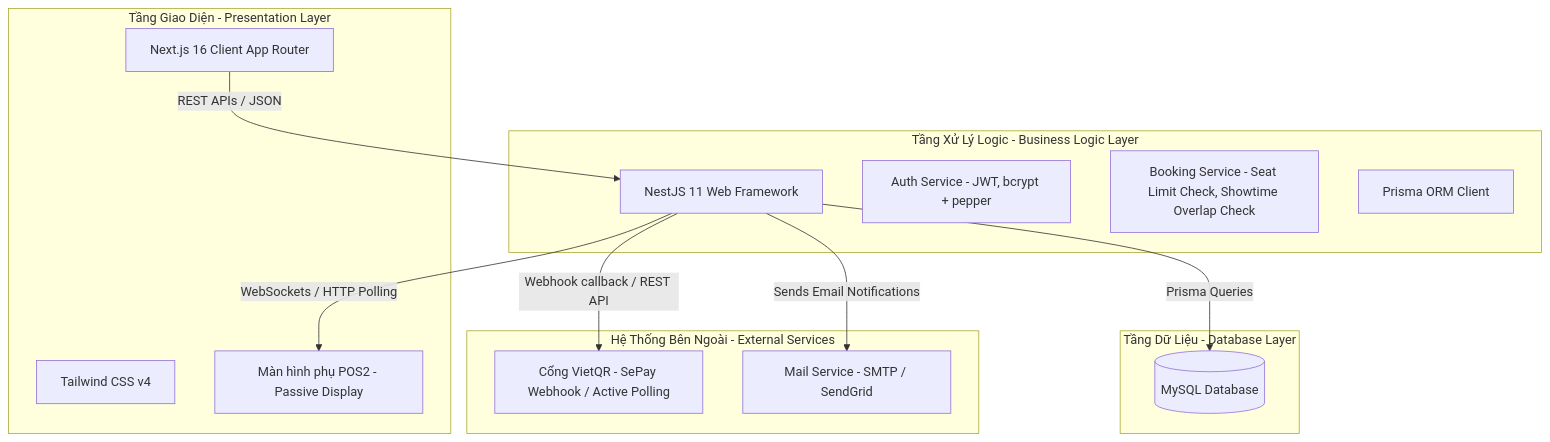
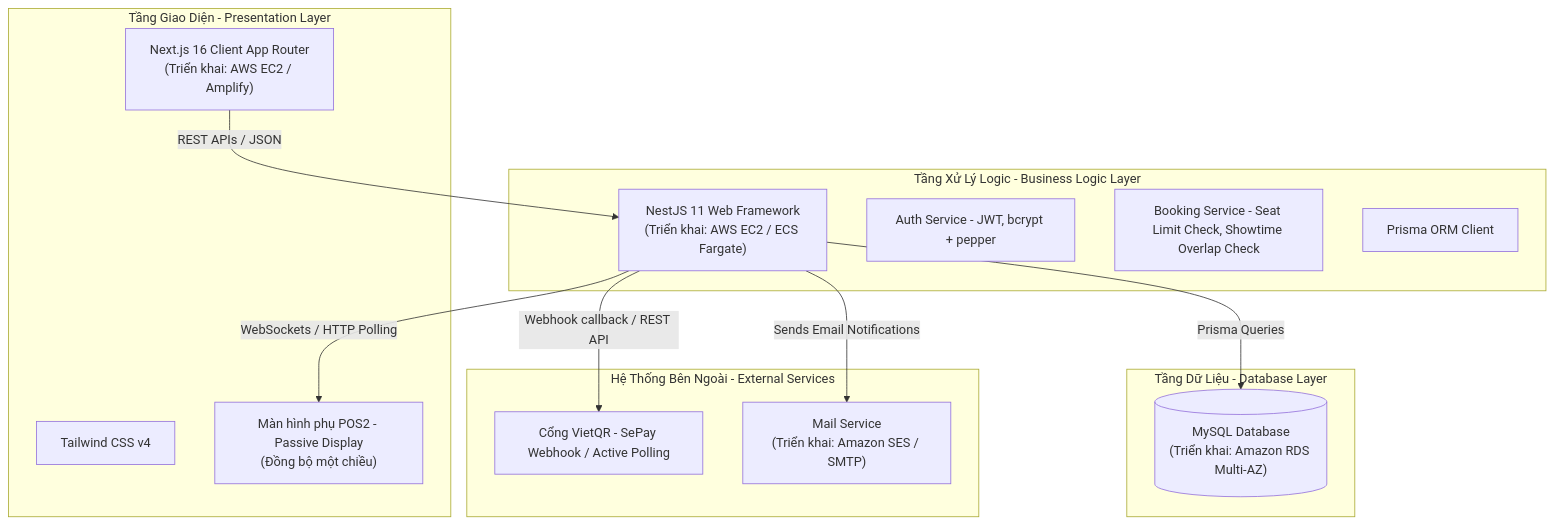
One commit to singuyenvan0206/RPG-bot changed the fourth of 6 diagrams in test.md. Above: the diagram before and after it, drawn with Mermaid.

````diff
--- a/test.md
+++ b/test.md
@@ -345,31 +345,31 @@
 ```mermaid
 graph TB
     subgraph Client [Tầng Giao Diện - Presentation Layer]
-        NextJS[Next.js 16 Client App Router]
+        NextJS["Next.js 16 Client App Router<br>(Triển khai: AWS EC2 / Amplify)"]
         Tailwind[Tailwind CSS v4]
-        POS2[Màn hình phụ POS2 - Passive Display]
+        POS2["Màn hình phụ POS2 - Passive Display<br>(Đồng bộ một chiều)"]
     end
 
     subgraph Server [Tầng Xử Lý Logic - Business Logic Layer]
-        NestJS[NestJS 11 Web Framework]
+        NestJS["NestJS 11 Web Framework<br>(Triển khai: AWS EC2 / ECS Fargate)"]
         Auth[Auth Service - JWT, bcrypt + pepper]
         Booking[Booking Service - Seat Limit Check, Showtime Overlap Check]
         Prisma[Prisma ORM Client]
     end
 
     subgraph Storage [Tầng Dữ Liệu - Database Layer]
-        MySQL[(MySQL Database)]
+        MySQL[("MySQL Database<br>(Triển khai: Amazon RDS Multi-AZ)")]
     end
 
     subgraph External [Hệ Thống Bên Ngoài - External Services]
         SePay[Cổng VietQR - SePay Webhook / Active Polling]
-        Mailer[Mail Service - SMTP / SendGrid]
+        Mailer["Mail Service<br>(Triển khai: Amazon SES / SMTP)"]
     end
 
     %% Connections
     NextJS -->|REST APIs / JSON| NestJS
     NestJS -->|WebSockets / HTTP Polling| POS2
     NestJS -->|Prisma Queries| MySQL
     NestJS -->|Webhook callback / REST API| SePay
     NestJS -->|Sends Email Notifications| Mailer
 ```
````
